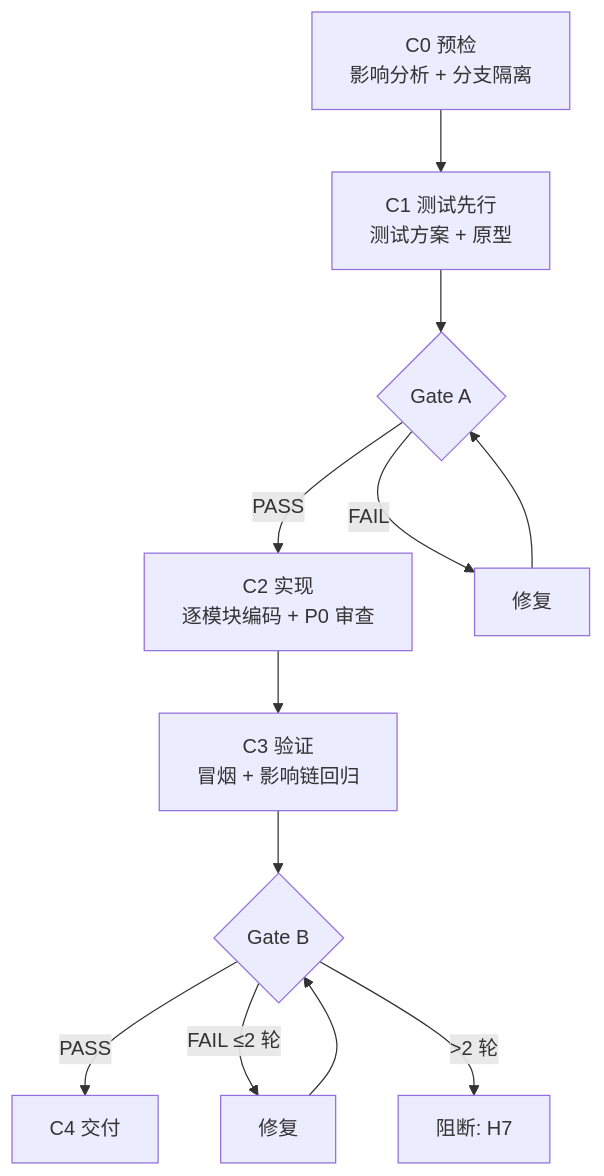
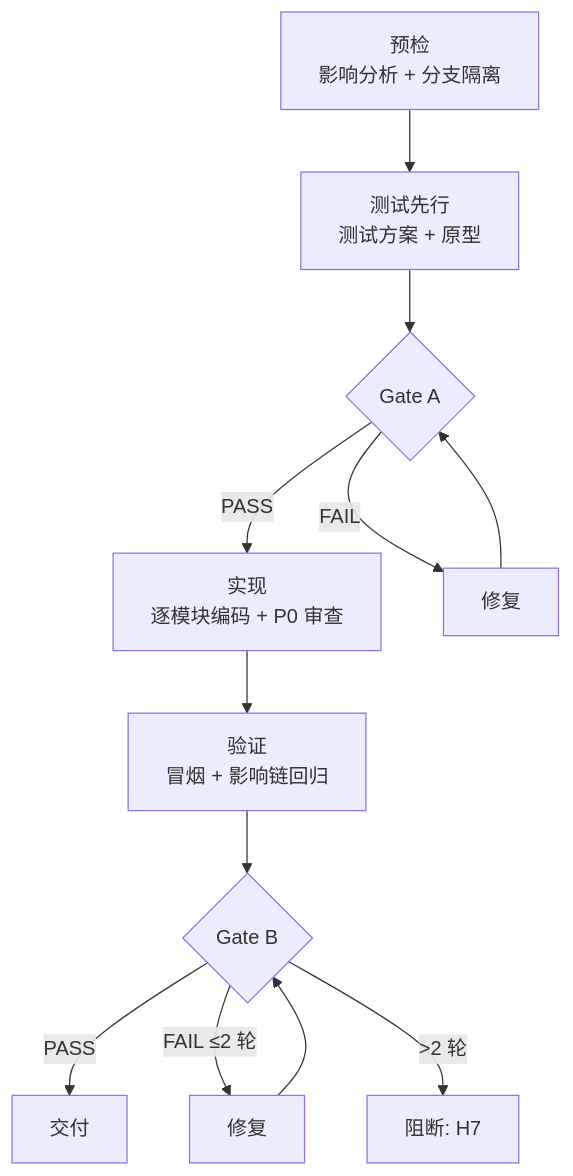
Before and after one commit to effiy/YrY: the third of 3 diagrams in skills/rui/SKILL.md, drawn with Mermaid. The commit also changed other lines of this file and 12 other files, not shown here.

````diff
--- a/skills/rui/SKILL.md
+++ b/skills/rui/SKILL.md
@@ -97,14 +97,14 @@
 ```mermaid
 flowchart TD
-    C0["C0 预检<br/>影响分析 + 分支隔离"] --> C1["C1 测试先行<br/>测试方案 + 原型"]
-    C1 --> GA{Gate A}
-    GA -->|PASS| C2["C2 实现<br/>逐模块编码 + P0 审查"]
+    PRECHECK["预检<br/>影响分析 + 分支隔离"] --> TESTFIRST["测试先行<br/>测试方案 + 原型"]
+    TESTFIRST --> GA{Gate A}
+    GA -->|PASS| IMPL["实现<br/>逐模块编码 + P0 审查"]
     GA -->|FAIL| FIX1[修复]
     FIX1 --> GA
-    C2 --> C3["C3 验证<br/>冒烟 + 影响链回归"]
-    C3 --> GB{Gate B}
-    GB -->|PASS| C4[C4 交付]
+    IMPL --> VERIFY["验证<br/>冒烟 + 影响链回归"]
+    VERIFY --> GB{Gate B}
+    GB -->|PASS| DELIVER[交付]
     GB -->|FAIL ≤2 轮| FIX2[修复]
     FIX2 --> GB
     GB -->|>2 轮| BLOCK[阻断: H7]
 ```
````
